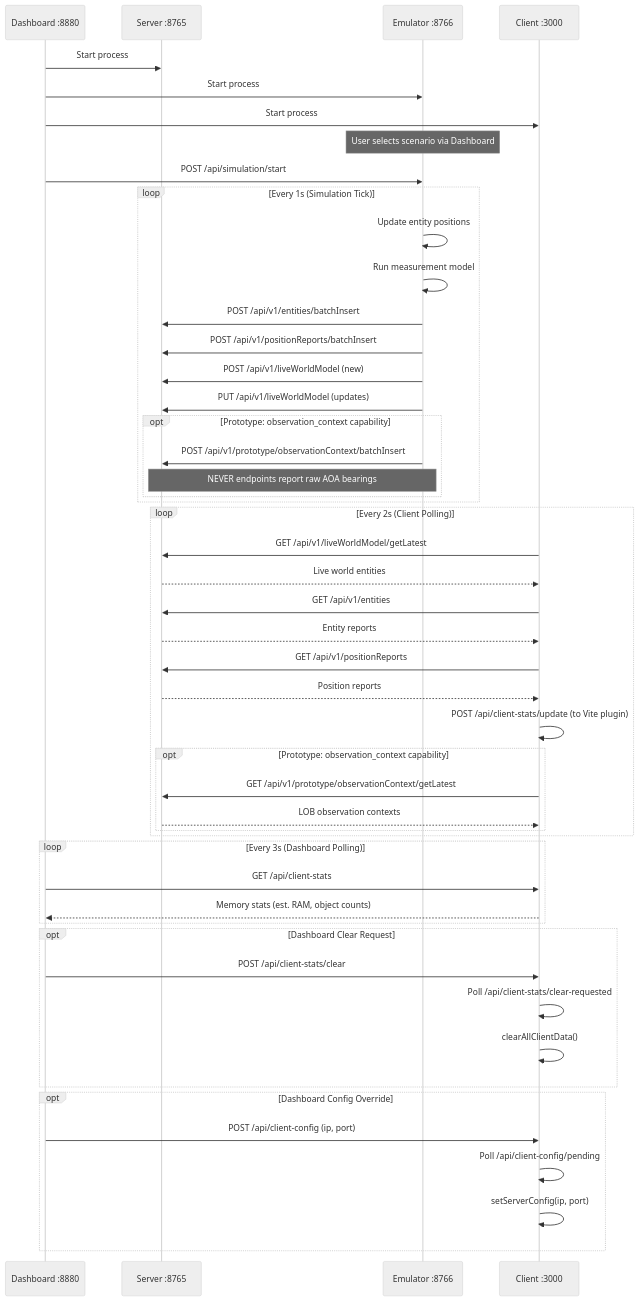
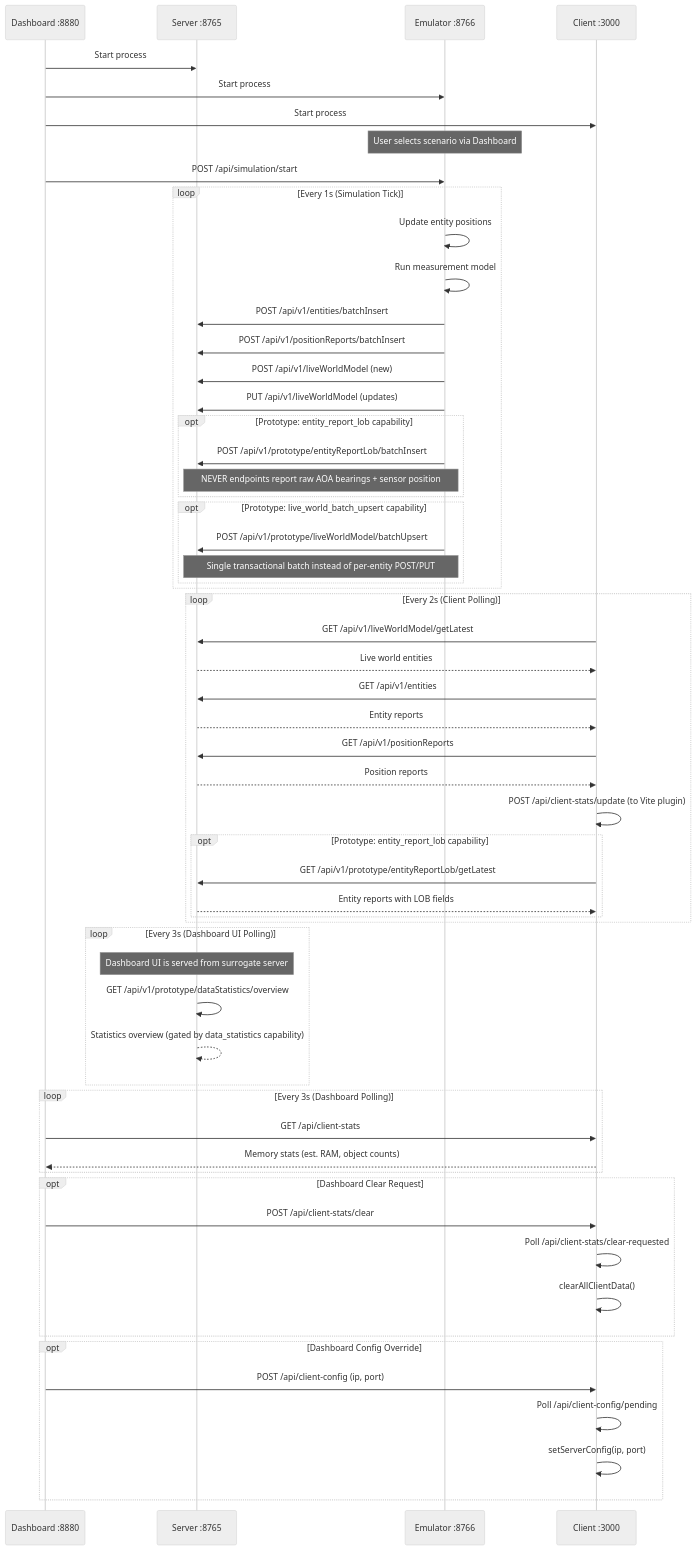
The second of 2 diagrams in docs/system-architecture-diagram.md (ericpauls/disco_workspace), drawn with Mermaid (neutral theme) before and after one commit. The commit also changed other lines of this file and 5 other files, not shown here.

First line of the commit message:
docs: Comprehensive documentation update — FIFO eviction, prototype specs, architecture diagrams

````diff
--- a/docs/system-architecture-diagram.md
+++ b/docs/system-architecture-diagram.md
@@ -88,61 +95,72 @@
 ```mermaid
 sequenceDiagram
     participant D as Dashboard :8880
     participant S as Server :8765
     participant E as Emulator :8766
     participant C as Client :3000
 
     D->>S: Start process
     D->>E: Start process
     D->>C: Start process
 
     Note over E: User selects scenario via Dashboard
     D->>E: POST /api/simulation/start
 
     loop Every 1s (Simulation Tick)
         E->>E: Update entity positions
         E->>E: Run measurement model
 
         E->>S: POST /api/v1/entities/batchInsert
         E->>S: POST /api/v1/positionReports/batchInsert
         E->>S: POST /api/v1/liveWorldModel (new)
         E->>S: PUT /api/v1/liveWorldModel (updates)
 
-        opt Prototype: observation_context capability
-            E->>S: POST /api/v1/prototype/observationContext/batchInsert
-            Note over E,S: NEVER endpoints report raw AOA bearings
+        opt Prototype: entity_report_lob capability
+            E->>S: POST /api/v1/prototype/entityReportLob/batchInsert
+            Note over E,S: NEVER endpoints report raw AOA bearings + sensor position
+        end
+
+        opt Prototype: live_world_batch_upsert capability
+            E->>S: POST /api/v1/prototype/liveWorldModel/batchUpsert
+            Note over E,S: Single transactional batch instead of per-entity POST/PUT
         end
     end
 
     loop Every 2s (Client Polling)
         C->>S: GET /api/v1/liveWorldModel/getLatest
         S-->>C: Live world entities
         C->>S: GET /api/v1/entities
         S-->>C: Entity reports
         C->>S: GET /api/v1/positionReports
         S-->>C: Position reports
         C->>C: POST /api/client-stats/update (to Vite plugin)
 
-        opt Prototype: observation_context capability
-            C->>S: GET /api/v1/prototype/observationContext/getLatest
-            S-->>C: LOB observation contexts
+        opt Prototype: entity_report_lob capability
+            C->>S: GET /api/v1/prototype/entityReportLob/getLatest
+            S-->>C: Entity reports with LOB fields
         end
+    end
+
+    loop Every 3s (Dashboard UI Polling)
+        Note over S: Dashboard UI is served from surrogate server
+        S->>S: GET /api/v1/prototype/dataStatistics/overview
+        S-->>S: Statistics overview (gated by data_statistics capability)
     end
 
     loop Every 3s (Dashboard Polling)
         D->>C: GET /api/client-stats
         C-->>D: Memory stats (est. RAM, object counts)
     end
 
     opt Dashboard Clear Request
         D->>C: POST /api/client-stats/clear
         C->>C: Poll /api/client-stats/clear-requested
         C->>C: clearAllClientData()
     end
 
     opt Dashboard Config Override
         D->>C: POST /api/client-config (ip, port)
         C->>C: Poll /api/client-config/pending
         C->>C: setServerConfig(ip, port)
     end
 ```
````
